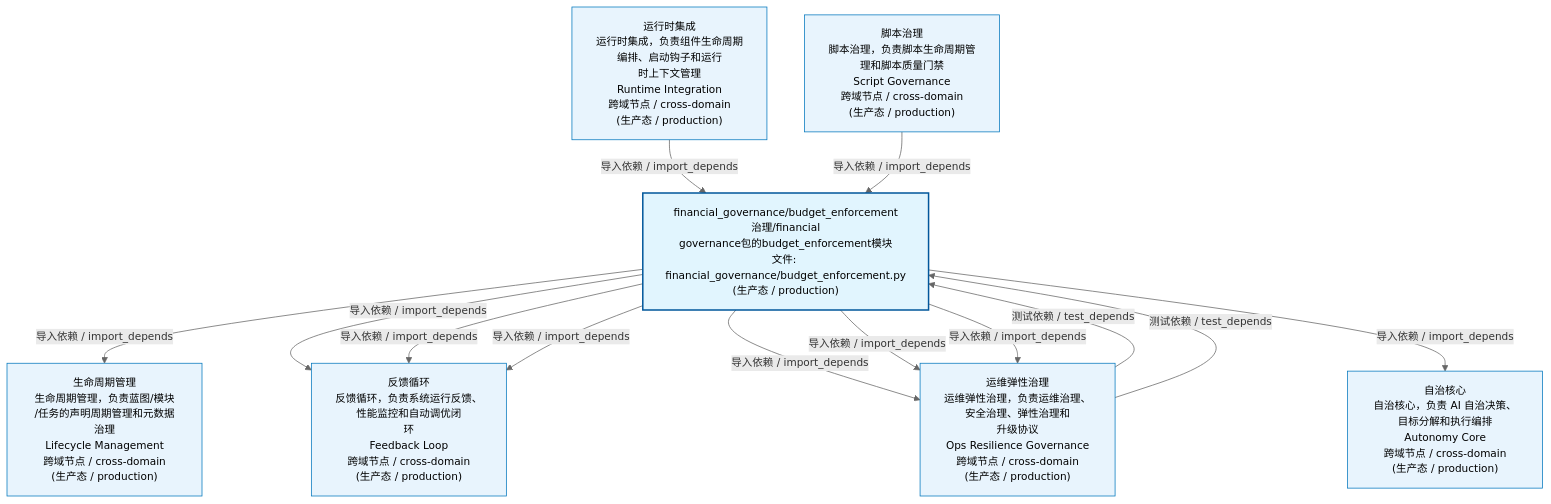
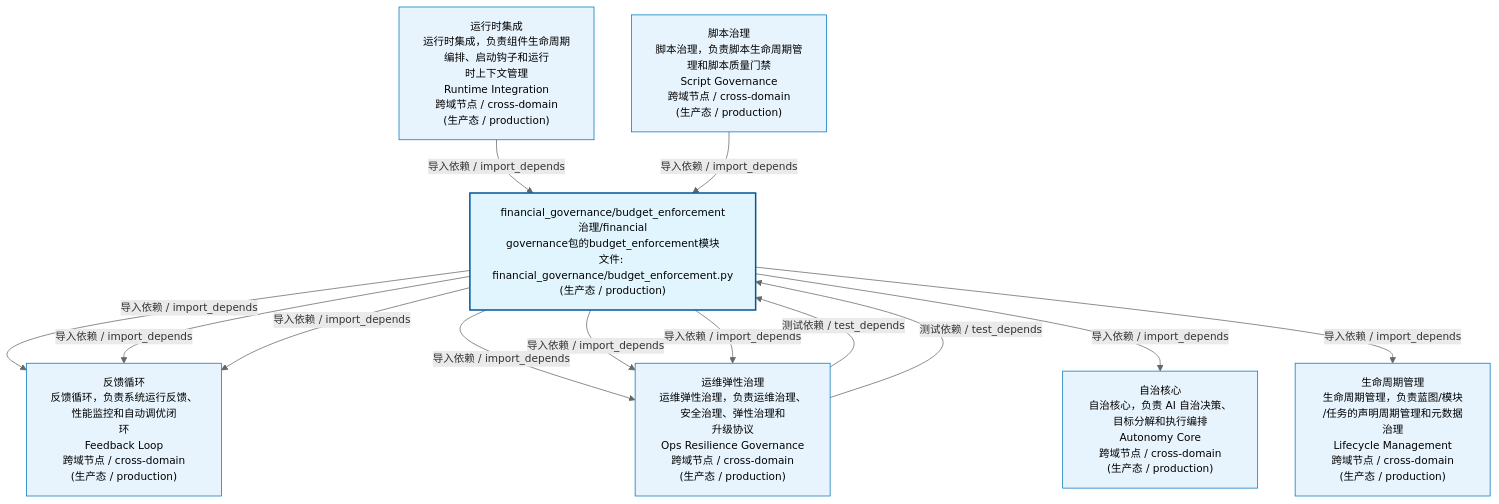
Before and after one commit to xuanFelixVan/ZephyrAlpha: the first of 3 diagrams in docs/02_enterprise_architecture/02_domain_architecture_docs/54_d_gov_repair.md, drawn with Mermaid. The commit also changed 50 other files, not shown here.

````diff
--- a/docs/02_enterprise_architecture/02_domain_architecture_docs/54_d_gov_repair.md
+++ b/docs/02_enterprise_architecture/02_domain_architecture_docs/54_d_gov_repair.md
@@ -53,29 +53,29 @@
 ```mermaid
 %%{init: {'theme': 'base', 'themeVariables': {'primaryColor': '#eaeaea', 'primaryTextColor': '#333333', 'primaryBorderColor': '#666666', 'lineColor': '#666666', 'secondaryColor': '#eaeaea', 'tertiaryColor': '#eaeaea', 'fontSize': '14px'}}}%%
 flowchart TD
     src_zephyr_governance_financial_governance_budget_enforcement_py["financial_governance/budget_enforcement<br/>治理/financial<br/>governance包的budget_enforcement模块<br/>文件: financial_governance/budget_enforcement.py<br/>(生产态 / production)"]
-    D_GOVERNANCE["生命周期管理<br/>生命周期管理，负责蓝图/模块<br/>/任务的声明周期管理和元数据治理<br/>Lifecycle Management<br/>跨域节点 / cross-domain<br/>(生产态 / production)"]
-    src_zephyr_governance_financial_governance_budget_enforcement_py -->|导入依赖 / import_depends| D_GOVERNANCE
     D_OPS["反馈循环<br/>反馈循环，负责系统运行反馈、性能监控和自动调优闭<br/>环<br/>Feedback Loop<br/>跨域节点 / cross-domain<br/>(生产态 / production)"]
     src_zephyr_governance_financial_governance_budget_enforcement_py -->|导入依赖 / import_depends| D_OPS
     src_zephyr_governance_financial_governance_budget_enforcement_py -->|导入依赖 / import_depends| D_OPS
     D_GOV_OPS_RESILIENCE["运维弹性治理<br/>运维弹性治理，负责运维治理、安全治理、弹性治理和<br/>升级协议<br/>Ops Resilience Governance<br/>跨域节点 / cross-domain<br/>(生产态 / production)"]
     src_zephyr_governance_financial_governance_budget_enforcement_py -->|导入依赖 / import_depends| D_GOV_OPS_RESILIENCE
     src_zephyr_governance_financial_governance_budget_enforcement_py -->|导入依赖 / import_depends| D_OPS
     src_zephyr_governance_financial_governance_budget_enforcement_py -->|导入依赖 / import_depends| D_GOV_OPS_RESILIENCE
     src_zephyr_governance_financial_governance_budget_enforcement_py -->|导入依赖 / import_depends| D_GOV_OPS_RESILIENCE
     D_AUTONOMY_CORE["自治核心<br/>自治核心，负责 AI 自治决策、目标分解和执行编排<br/>Autonomy Core<br/>跨域节点 / cross-domain<br/>(生产态 / production)"]
     src_zephyr_governance_financial_governance_budget_enforcement_py -->|导入依赖 / import_depends| D_AUTONOMY_CORE
+    D_GOVERNANCE["生命周期管理<br/>生命周期管理，负责蓝图/模块<br/>/任务的声明周期管理和元数据治理<br/>Lifecycle Management<br/>跨域节点 / cross-domain<br/>(生产态 / production)"]
+    src_zephyr_governance_financial_governance_budget_enforcement_py -->|导入依赖 / import_depends| D_GOVERNANCE
     D_GOV_OPS_RESILIENCE -->|测试依赖 / test_depends| src_zephyr_governance_financial_governance_budget_enforcement_py
     D_GOV_OPS_RESILIENCE -->|测试依赖 / test_depends| src_zephyr_governance_financial_governance_budget_enforcement_py
     D_INFRA_RUNTIME["运行时集成<br/>运行时集成，负责组件生命周期编排、启动钩子和运行<br/>时上下文管理<br/>Runtime Integration<br/>跨域节点 / cross-domain<br/>(生产态 / production)"]
     D_INFRA_RUNTIME -->|导入依赖 / import_depends| src_zephyr_governance_financial_governance_budget_enforcement_py
     D_GOV_SCRIPTS["脚本治理<br/>脚本治理，负责脚本生命周期管理和脚本质量门禁<br/>Script Governance<br/>跨域节点 / cross-domain<br/>(生产态 / production)"]
     D_GOV_SCRIPTS -->|导入依赖 / import_depends| src_zephyr_governance_financial_governance_budget_enforcement_py
     classDef production fill:#e1f5fe,stroke:#01579b,stroke-width:2px,color:#000
     classDef design fill:#fff3e0,stroke:#e65100,stroke-width:2px,color:#000,stroke-dasharray: 5 5
     classDef external_prod fill:#e8f4fd,stroke:#0277bd,stroke-width:1px,color:#000
     classDef external_design fill:#fff8e7,stroke:#ef6c00,stroke-width:1px,color:#000,stroke-dasharray: 5 5
     class src_zephyr_governance_financial_governance_budget_enforcement_py production
-    class D_GOVERNANCE,D_OPS,D_GOV_OPS_RESILIENCE,D_AUTONOMY_CORE,D_INFRA_RUNTIME,D_GOV_SCRIPTS external_prod
+    class D_OPS,D_GOV_OPS_RESILIENCE,D_AUTONOMY_CORE,D_GOVERNANCE,D_INFRA_RUNTIME,D_GOV_SCRIPTS external_prod
 ```
````
